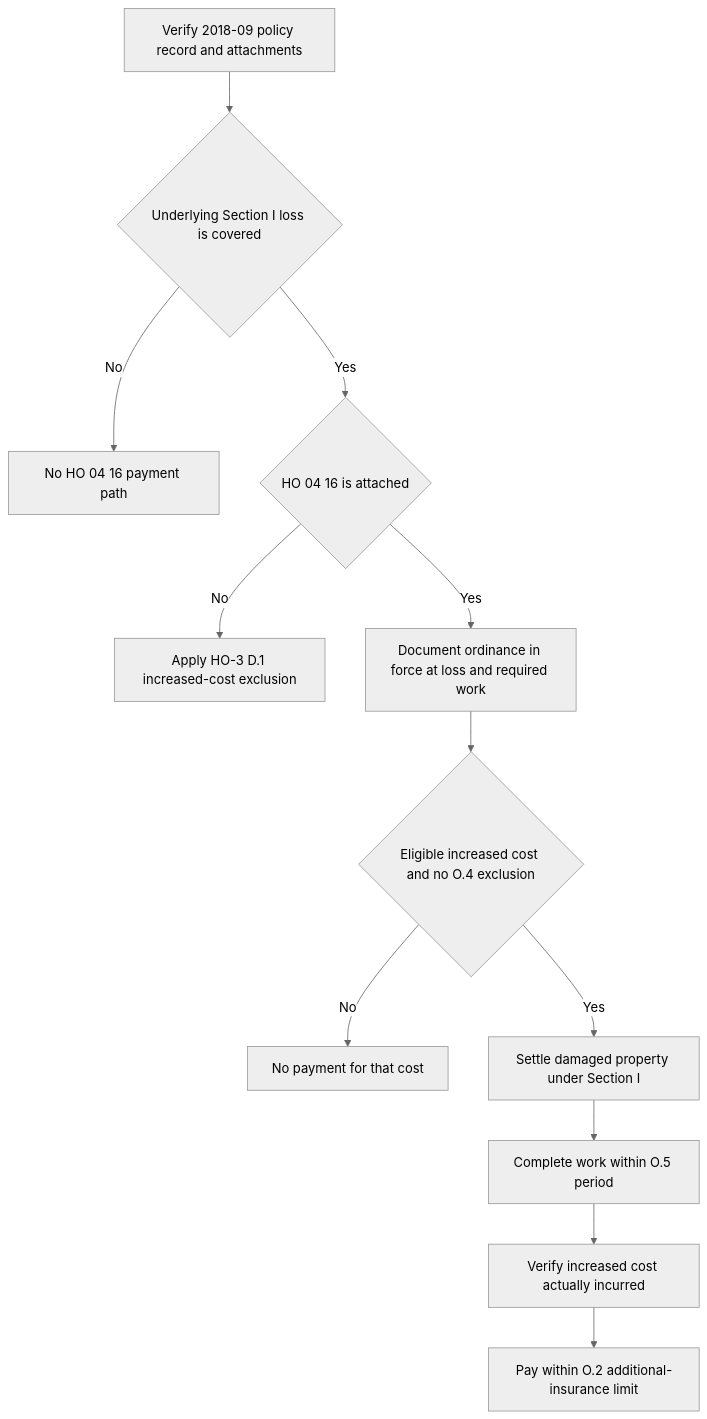
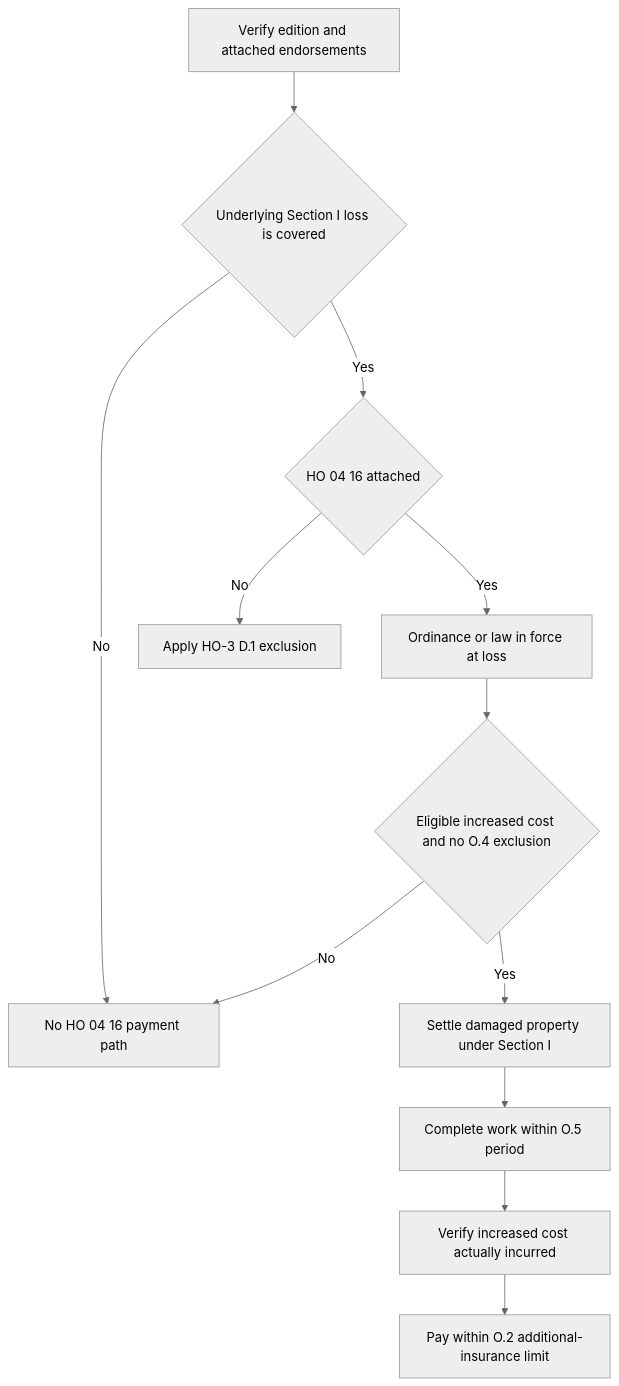
One commit to eugeneliu-86/openwiki-insurance-corpus changed the diagram in openwiki/coverage/property/ordinance-or-law.md. Above: the diagram before and after it, drawn with Mermaid (neutral theme). The commit also changed other lines of this file and 51 other files, not shown here.

````diff
--- a/openwiki/coverage/property/ordinance-or-law.md
+++ b/openwiki/coverage/property/ordinance-or-law.md
@@ -35,14 +29,14 @@
 ```mermaid
 flowchart TD
-    Record["Verify 2018-09 policy record and attachments"] --> Covered{"Underlying Section I loss is covered"}
-    Covered -- No --> BaseResult["No HO 04 16 payment path"]
-    Covered -- Yes --> Attached{"HO 04 16 is attached"}
-    Attached -- No --> Exclusion["Apply HO-3 D.1 increased-cost exclusion"]
-    Attached -- Yes --> Law["Document ordinance in force at loss and required work"]
-    Law --> Scope{"Eligible increased cost and no O.4 exclusion"}
-    Scope -- No --> LimitResult["No payment for that cost"]
-    Scope -- Yes --> Settle["Settle damaged property under Section I"]
+    Policy["Verify edition and attached endorsements"] --> Covered{"Underlying Section I loss is covered"}
+    Covered -- No --> Deny["No HO 04 16 payment path"]
+    Covered -- Yes --> Attached{"HO 04 16 attached"}
+    Attached -- No --> Exclusion["Apply HO-3 D.1 exclusion"]
+    Attached -- Yes --> InForce["Ordinance or law in force at loss"]
+    InForce --> Eligible{"Eligible increased cost and no O.4 exclusion"}
+    Eligible -- No --> Deny
+    Eligible -- Yes --> Settle["Settle damaged property under Section I"]
     Settle --> Complete["Complete work within O.5 period"]
     Complete --> Incurred["Verify increased cost actually incurred"]
     Incurred --> Pay["Pay within O.2 additional-insurance limit"]
 ```
````
